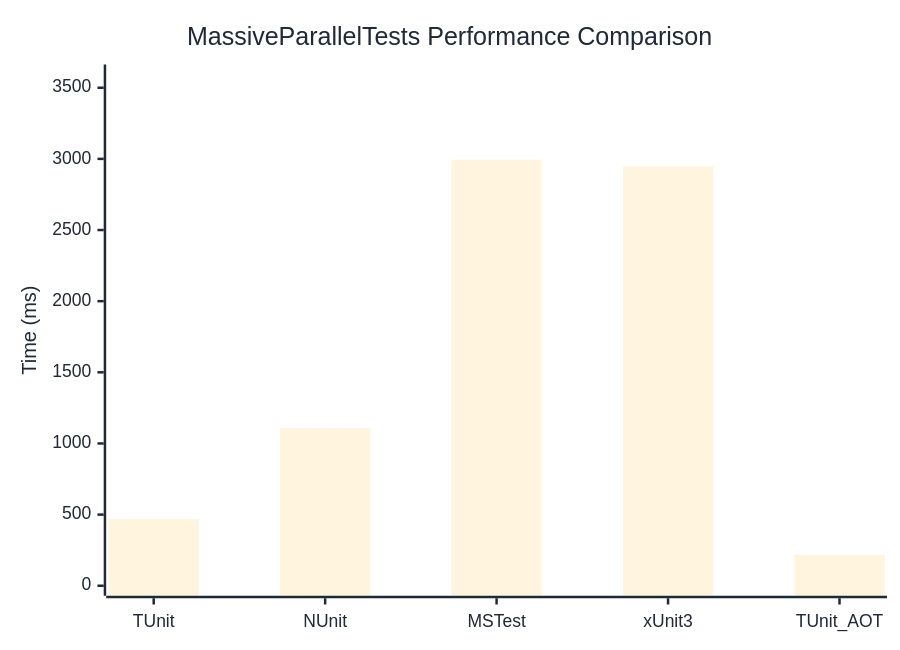
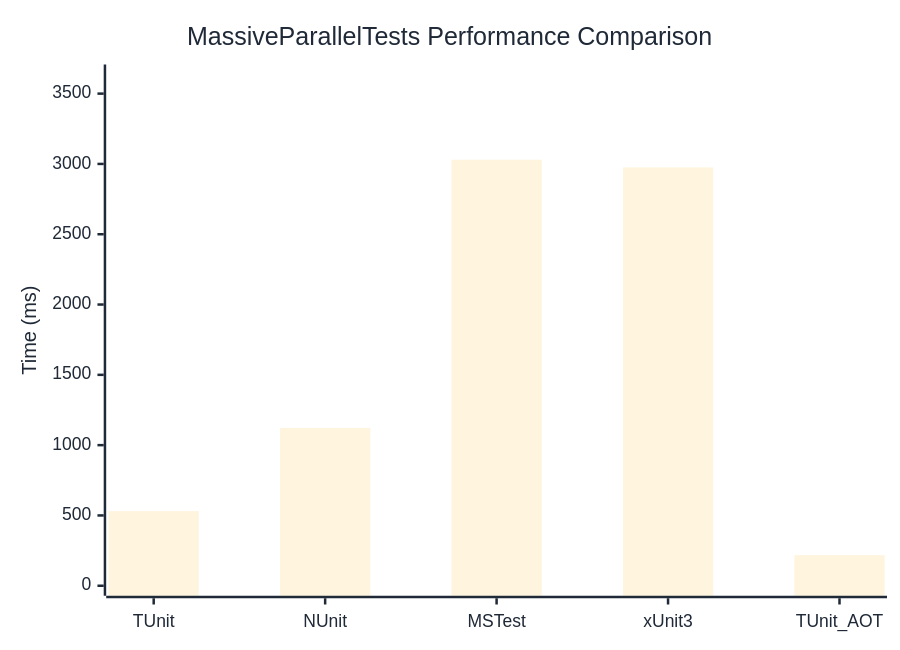
The diagram in docs/docs/benchmarks/engine/MassiveParallelTests.md (thomhurst/TUnit), drawn with Mermaid before and after one commit. The commit also changed other lines of this file and 18 other files, not shown here.

````diff
--- a/docs/docs/benchmarks/engine/MassiveParallelTests.md
+++ b/docs/docs/benchmarks/engine/MassiveParallelTests.md
@@ -29,37 +29,37 @@
 ```mermaid
 %%{init: {
   'theme':'base',
   'themeVariables': {
     'primaryColor': '#2563eb',
     'primaryTextColor': '#1f2937',
     'primaryBorderColor': '#1e40af',
     'lineColor': '#6b7280',
     'secondaryColor': '#7c3aed',
     'tertiaryColor': '#dc2626',
     'background': '#ffffff',
     'mainBkg': '#2563eb',
     'secondBkg': '#7c3aed',
     'tertiaryBkg': '#dc2626',
     'clusterBkg': '#f3f4f6',
     'edgeLabelBackground': '#ffffff',
     'tertiaryTextColor': '#1f2937',
     'pie1': '#2563eb',
     'pie2': '#7c3aed',
     'pie3': '#dc2626',
     'pie4': '#f59e0b',
     'pie5': '#10b981',
     'pie6': '#06b6d4',
     'pie7': '#ec4899',
     'pie8': '#6366f1',
     'pie9': '#84cc16',
     'pie10': '#f97316',
     'pie11': '#14b8a6',
     'pie12': '#a855f7'
   }
 }}%%
 xychart-beta
   title "MassiveParallelTests Performance Comparison"
   x-axis ["TUnit", "NUnit", "MSTest", "xUnit3", "TUnit_AOT"]
-  y-axis "Time (ms)" 0 --> 3593
-  bar [467.8, 1107.5, 2993.9, 2945.7, 217.6]
+  y-axis "Time (ms)" 0 --> 3636
+  bar [530.9, 1122.5, 3029.7, 2975.1, 217.5]
 ```
````
